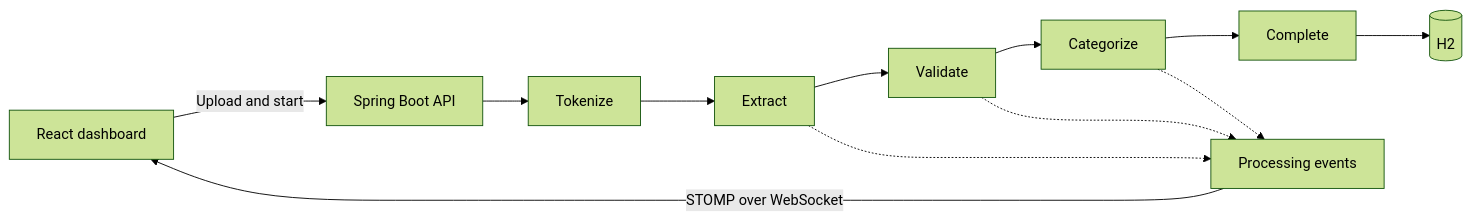
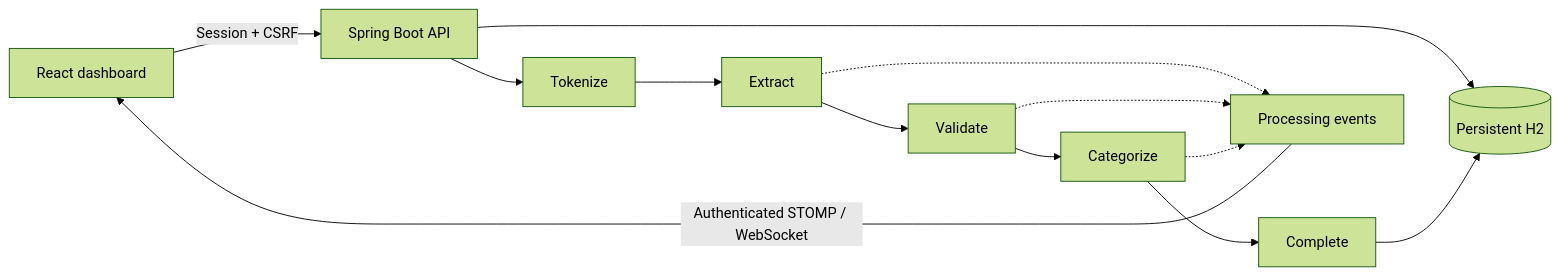
The diagram in README.md (saadh472/intelligent-document-processing-pipeline), drawn with Mermaid (forest theme) before and after one commit. The commit also changed other lines of this file and 39 other files, not shown here.

````diff
--- a/README.md
+++ b/README.md
@@ -52,10 +85,11 @@
 ```mermaid
 flowchart LR
-    UI[React dashboard] -->|Upload and start| API[Spring Boot API]
+    UI[React dashboard] -->|Session + CSRF| API[Spring Boot API]
     API --> A[Tokenize] --> B[Extract] --> C[Validate] --> D[Categorize] --> E[Complete]
-    E --> DB[(H2)]
+    API --> DB[(Persistent H2)]
+    E --> DB
     B -.-> Events[Processing events]
     C -.-> Events
     D -.-> Events
-    Events -->|STOMP over WebSocket| UI
+    Events -->|Authenticated STOMP / WebSocket| UI
 ```
````
